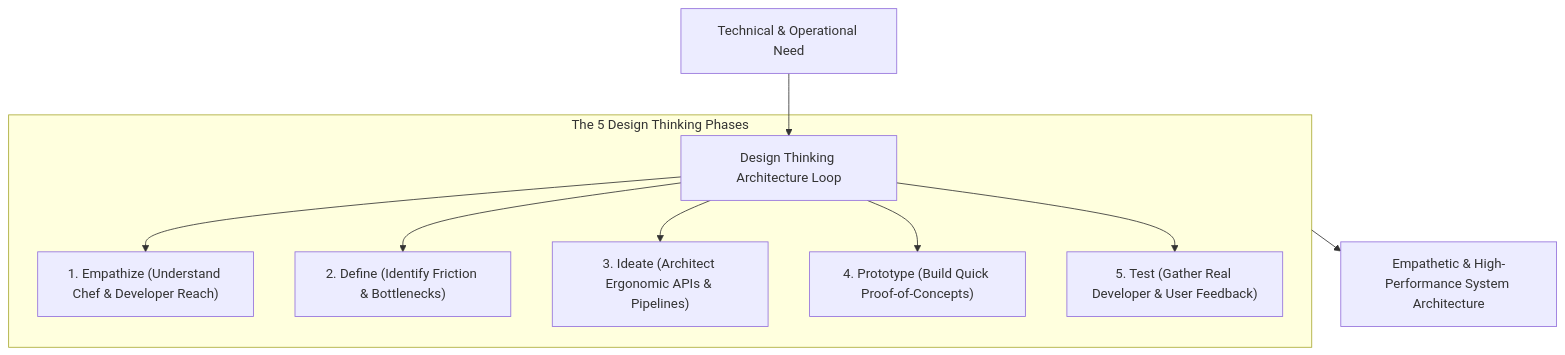
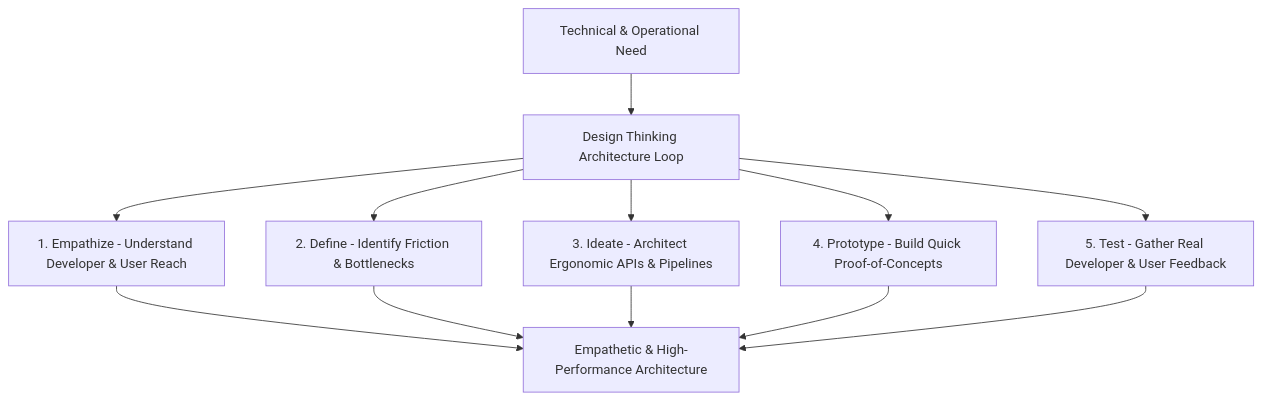
Before and after one commit to PankajKumarCTO/blog-store: the diagram in users/pankajhyd/posts/design-thinking-for-technical-leaders-empathetic-architecture.md, drawn with Mermaid.

Commit message:
Simplify post-040 Mermaid diagram syntax

````diff
--- a/users/pankajhyd/posts/design-thinking-for-technical-leaders-empathetic-architecture.md
+++ b/users/pankajhyd/posts/design-thinking-for-technical-leaders-empathetic-architecture.md
@@ -58,14 +58,14 @@
 ```mermaid
 graph TD
     Problem["Technical & Operational Need"] --> Process["Design Thinking Architecture Loop"]
-    
-    subgraph Phases["The 5 Design Thinking Phases"]
-        Process --> Phase1["1. Empathize (Understand Chef & Developer Reach)"]
-        Process --> Phase2["2. Define (Identify Friction & Bottlenecks)"]
-        Process --> Phase3["3. Ideate (Architect Ergonomic APIs & Pipelines)"]
-        Process --> Phase4["4. Prototype (Build Quick Proof-of-Concepts)"]
-        Process --> Phase5["5. Test (Gather Real Developer & User Feedback)"]
-    end
-    
-    Phases --> Solution["Empathetic & High-Performance System Architecture"]
+    Process --> Phase1["1. Empathize - Understand Developer & User Reach"]
+    Process --> Phase2["2. Define - Identify Friction & Bottlenecks"]
+    Process --> Phase3["3. Ideate - Architect Ergonomic APIs & Pipelines"]
+    Process --> Phase4["4. Prototype - Build Quick Proof-of-Concepts"]
+    Process --> Phase5["5. Test - Gather Real Developer & User Feedback"]
+    Phase1 --> Solution["Empathetic & High-Performance Architecture"]
+    Phase2 --> Solution
+    Phase3 --> Solution
+    Phase4 --> Solution
+    Phase5 --> Solution
 ```
````
